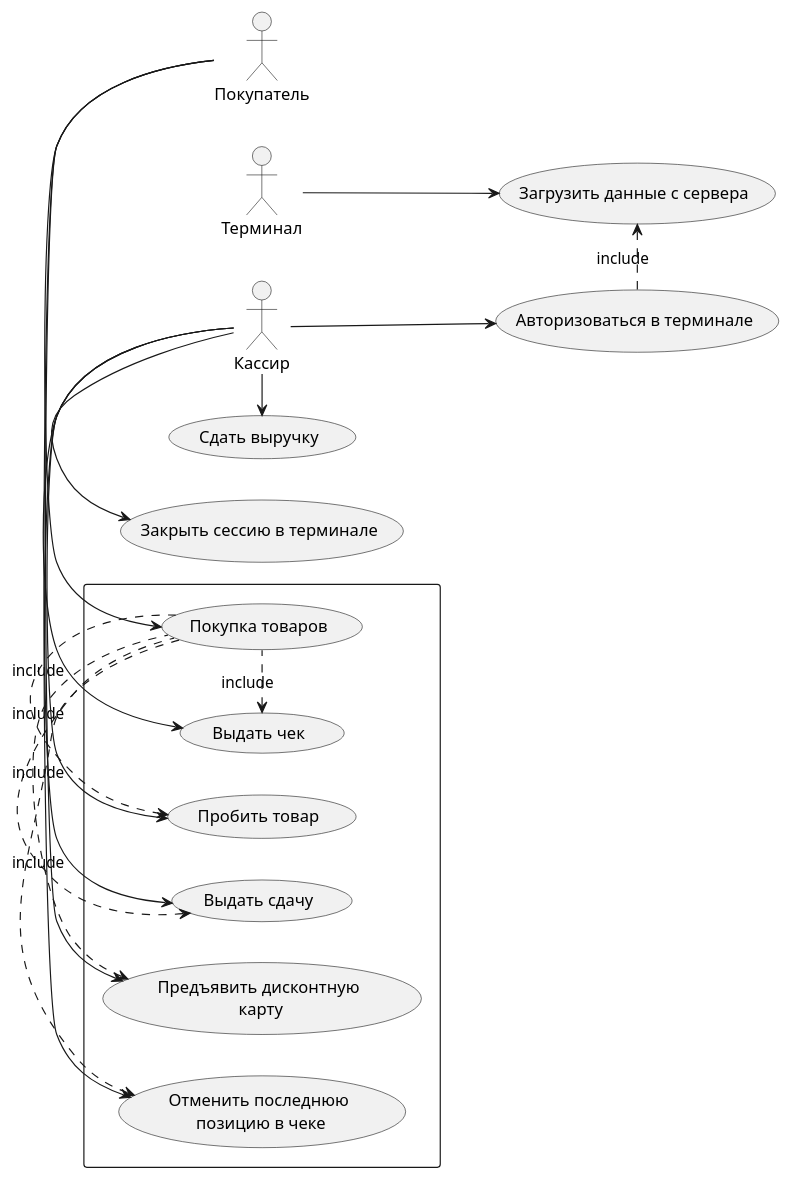
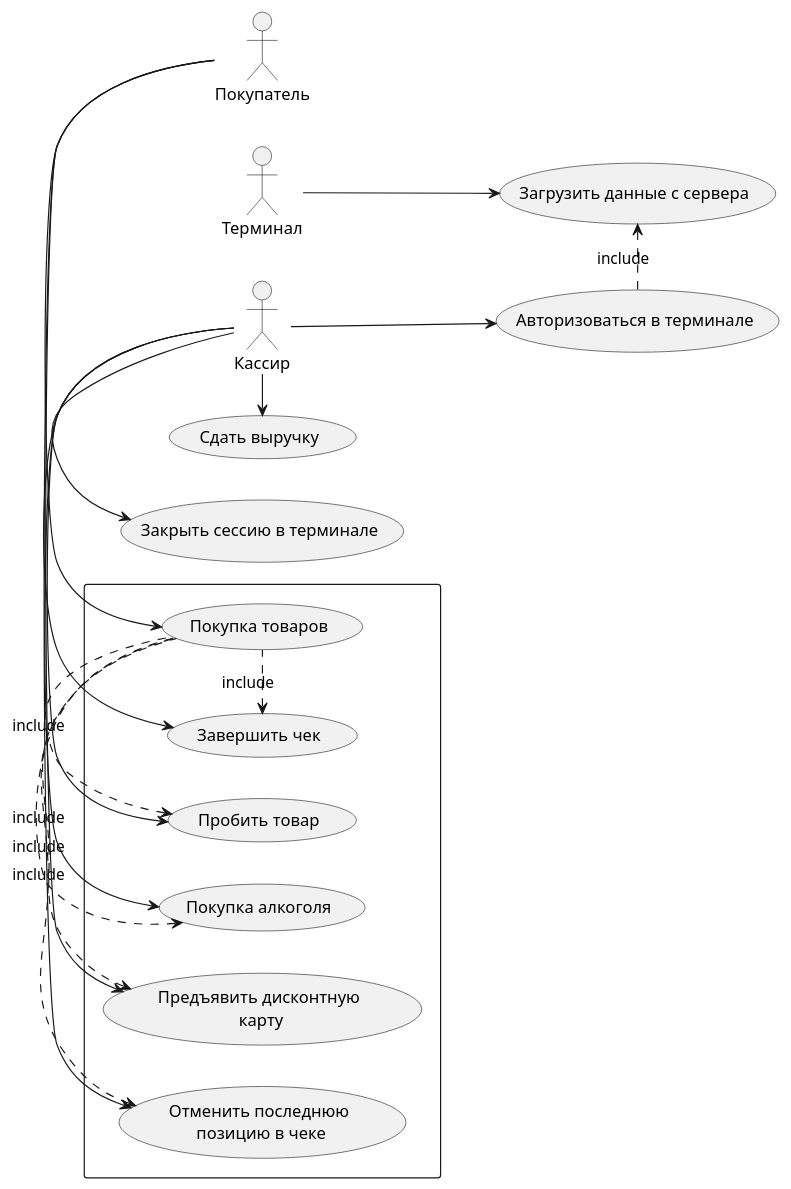
One commit to sovrasov/uml_course changed the diagram in diagrams/usecases_diagram.puml. Above: the diagram before and after it, drawn with PlantUML. The commit also changed 1 other file, not shown here.

Commit message:
Update usecases diagram

```diff
--- a/diagrams/usecases_diagram.puml
+++ b/diagrams/usecases_diagram.puml
@@ -1,44 +1,44 @@
 @startuml
 left to right direction
 skinparam packageStyle rectangle
 
 actor :Покупатель: as customer
 actor :Кассир: as cashier
 actor :Терминал: as terminal
 
 rectangle {
 usecase buy as "Покупка товаров"
-usecase get_check as "Выдать чек"
+usecase get_check as "Завершить чек"
 usecase add_to_check as "Пробить товар"
-usecase give_change as "Выдать сдачу"
+usecase give_change as "Покупка алкоголя"
 usecase show_card as "Предъявить дисконтную\n карту"
 usecase cancel_item as "Отменить последнюю\n позицию в чеке"
 }
 usecase sign_in as "Авторизоваться в терминале"
 usecase sign_out as "Закрыть сессию в терминале"
 usecase submit_cash as "Сдать выручку"
 
 usecase load_data as "Загрузить данные с сервера"
 
 (get_check) <. (buy) : include
 (add_to_check) <. (buy) : include
 (give_change) <. (buy) : include
 (show_card) <. (buy) : include
 (cancel_item) <. (buy) : include
 
 (load_data) <. (sign_in) : include
 
 customer -> (buy)
 customer -> (cancel_item)
 customer -> (show_card)
 
 cashier -> (get_check)
 cashier -> (add_to_check)
 cashier -> (give_change)
 cashier --> (sign_in)
 cashier -> (sign_out)
 cashier -> (submit_cash)
 
 terminal --> (load_data)
 
 @enduml
```
